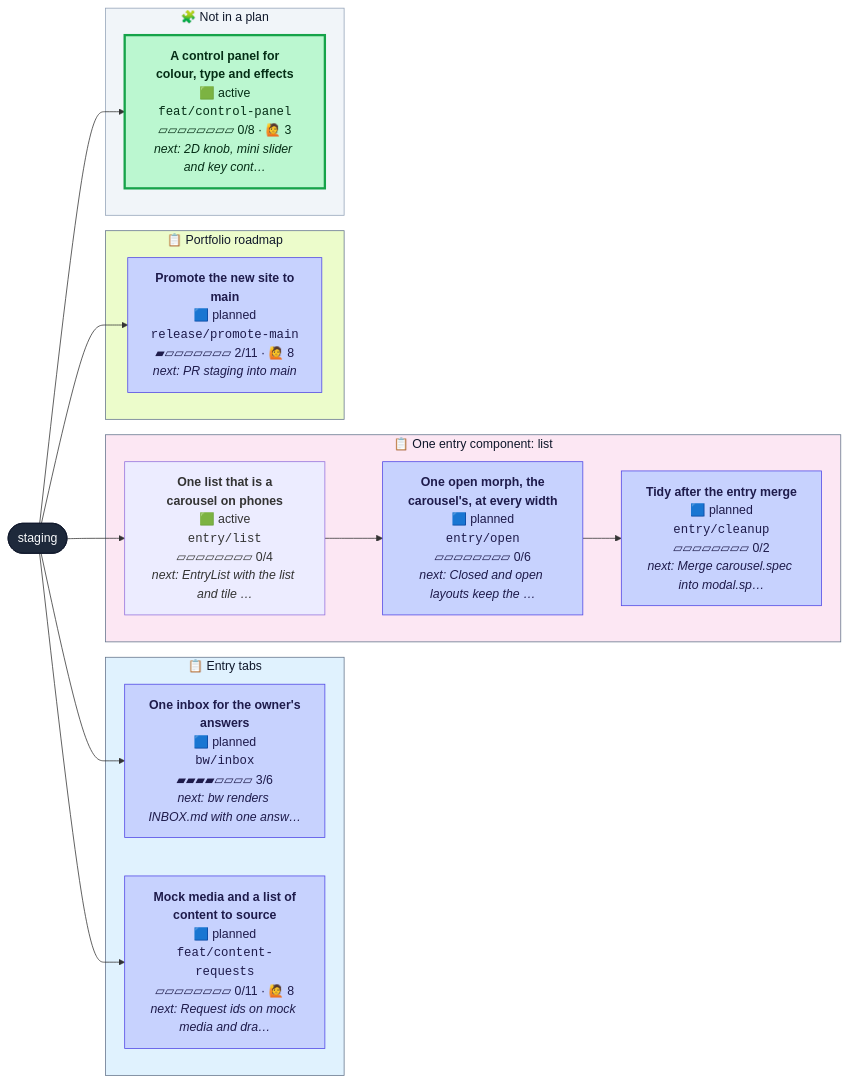
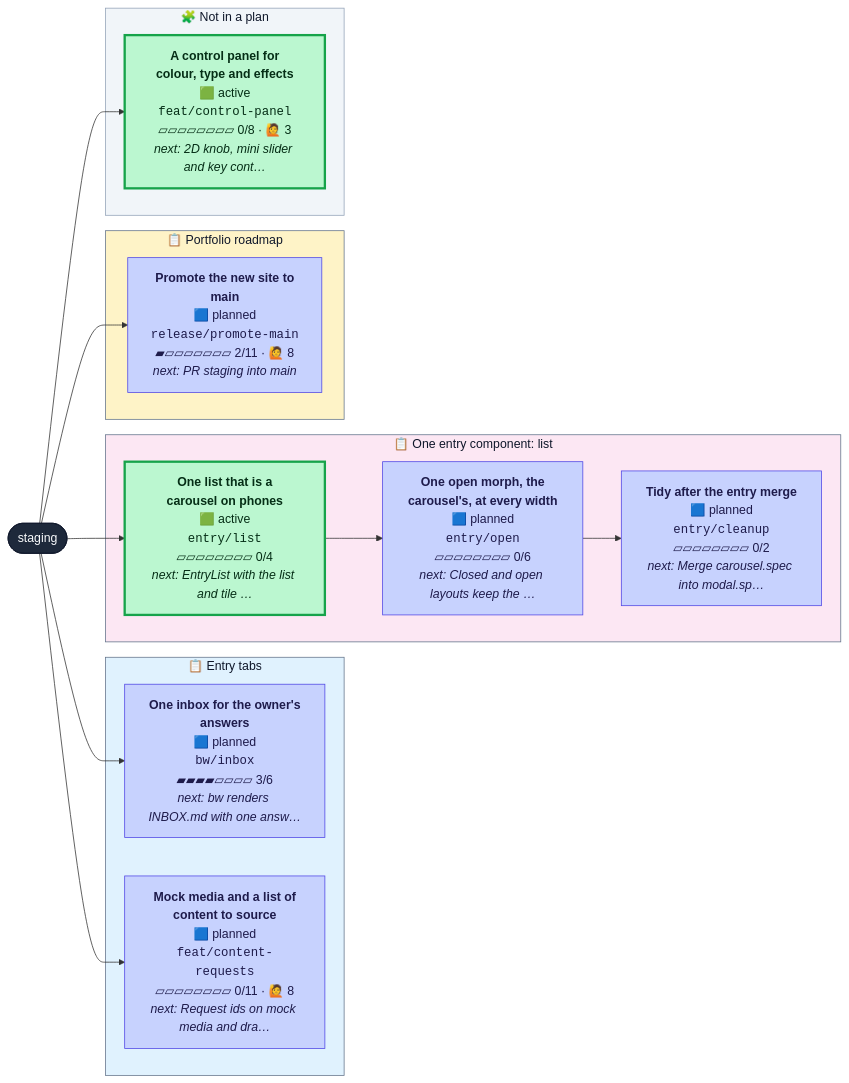
The diagram in CONTRIBUTING.md (henryjonescodes/portfolio), drawn with Mermaid before and after one commit. The commit also changed other lines of this file, not shown here.

````diff
--- a/CONTRIBUTING.md
+++ b/CONTRIBUTING.md
@@ -16,44 +16,44 @@
 ```mermaid
 flowchart LR
   n_staging([staging])
   class n_staging trunk
   subgraph plan_0["📋 Entry tabs"]
     n_bw_inbox["<b>One inbox for the owner's<br/>answers</b><br/>🟦 planned<br/><code>bw/inbox</code><br/>▰▰▰▰▱▱▱▱ 3/6<br/><i>next: bw renders INBOX.md with one answ…</i>"]
     class n_bw_inbox planned
     n_feat_content_requests["<b>Mock media and a list of<br/>content to source</b><br/>🟦 planned<br/><code>feat/content-requests</code><br/>▱▱▱▱▱▱▱▱ 0/11 · 🙋 8<br/><i>next: Request ids on mock media and dra…</i>"]
     class n_feat_content_requests planned
   end
   style plan_0 fill:#e0f2fe,stroke:#64748b,color:#0f172a
   subgraph plan_1["📋 One entry component: list"]
     n_entry_cleanup["<b>Tidy after the entry merge</b><br/>🟦 planned<br/><code>entry/cleanup</code><br/>▱▱▱▱▱▱▱▱ 0/2<br/><i>next: Merge carousel.spec into modal.sp…</i>"]
     class n_entry_cleanup planned
     n_entry_list["<b>One list that is a<br/>carousel on phones</b><br/>🟩 active<br/><code>entry/list</code><br/>▱▱▱▱▱▱▱▱ 0/4<br/><i>next: EntryList with the list and tile …</i>"]
-    class n_entry_list active,current
+    class n_entry_list active
     n_entry_open["<b>One open morph, the<br/>carousel's, at every width</b><br/>🟦 planned<br/><code>entry/open</code><br/>▱▱▱▱▱▱▱▱ 0/6<br/><i>next: Closed and open layouts keep the …</i>"]
     class n_entry_open planned
   end
   style plan_1 fill:#fce7f3,stroke:#64748b,color:#0f172a
-  subgraph plan_2["📋 Portfolio roadmap"]
+  subgraph plan_3["📋 Portfolio roadmap"]
     n_release_promote_main["<b>Promote the new site to<br/>main</b><br/>🟦 planned<br/><code>release/promote-main</code><br/>▰▱▱▱▱▱▱▱ 2/11 · 🙋 8<br/><i>next: PR staging into main</i>"]
     class n_release_promote_main planned
   end
-  style plan_2 fill:#ecfccb,stroke:#64748b,color:#0f172a
+  style plan_3 fill:#fef3c7,stroke:#64748b,color:#0f172a
   subgraph loose["🧩 Not in a plan"]
     n_feat_control_panel["<b>A control panel for<br/>colour, type and effects</b><br/>🟩 active<br/><code>feat/control-panel</code><br/>▱▱▱▱▱▱▱▱ 0/8 · 🙋 3<br/><i>next: 2D knob, mini slider and key cont…</i>"]
     class n_feat_control_panel active
   end
   style loose fill:#f1f5f9,stroke:#94a3b8,color:#0f172a
   n_staging --> n_bw_inbox
   n_entry_open --> n_entry_cleanup
   n_staging --> n_entry_list
   n_entry_list --> n_entry_open
   n_staging --> n_feat_content_requests
   n_staging --> n_feat_control_panel
   n_staging --> n_release_promote_main
   classDef planned fill:#c7d2fe,stroke:#4f46e5,color:#1e1b4b
   classDef active fill:#bbf7d0,stroke:#16a34a,stroke-width:3px,color:#052e16
   classDef review fill:#fde68a,stroke:#d97706,stroke-width:3px,color:#451a03
   classDef blocked fill:#fecaca,stroke:#dc2626,stroke-width:3px,color:#450a0a
   classDef trunk fill:#1e293b,stroke:#0f172a,color:#f8fafc
   classDef current stroke:#0ea5e9,stroke-width:5px
 ```
````
